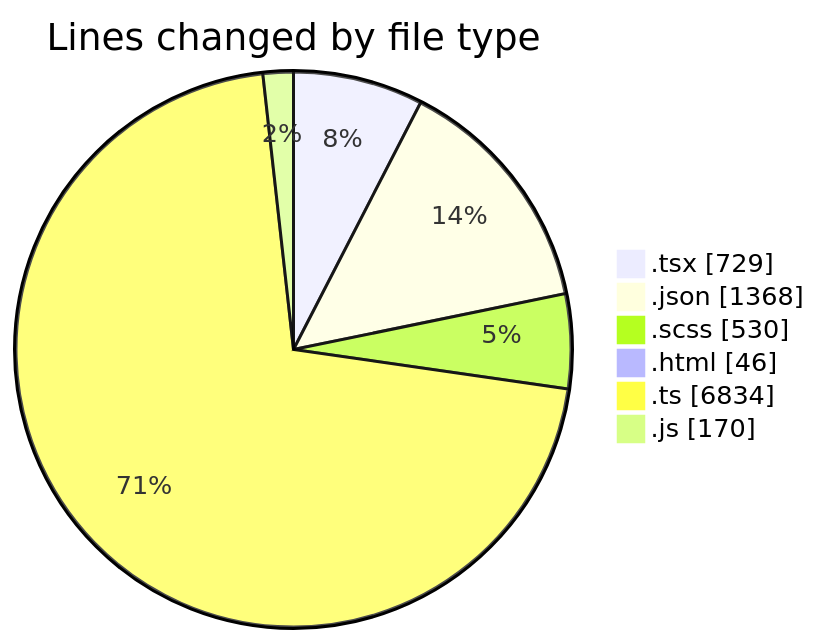
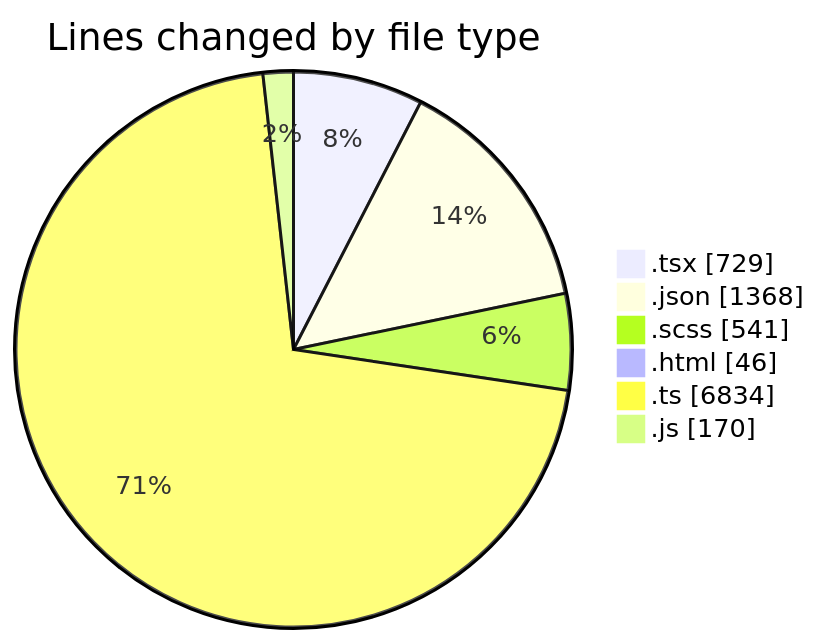
Before and after one commit to momahboobian/code-tracking: the first of 2 diagrams in 2026-04-14/cda/README.md, drawn with Mermaid. The commit also changed other lines of this file and 1 other file, not shown here.

````diff
--- a/2026-04-14/cda/README.md
+++ b/2026-04-14/cda/README.md
@@ -42,10 +42,10 @@
 ```mermaid
 pie showData
 title Lines changed by file type
 ".tsx" : 729
 ".json" : 1368
-".scss" : 530
+".scss" : 541
 ".html" : 46
 ".ts" : 6834
 ".js" : 170
 ```
````
